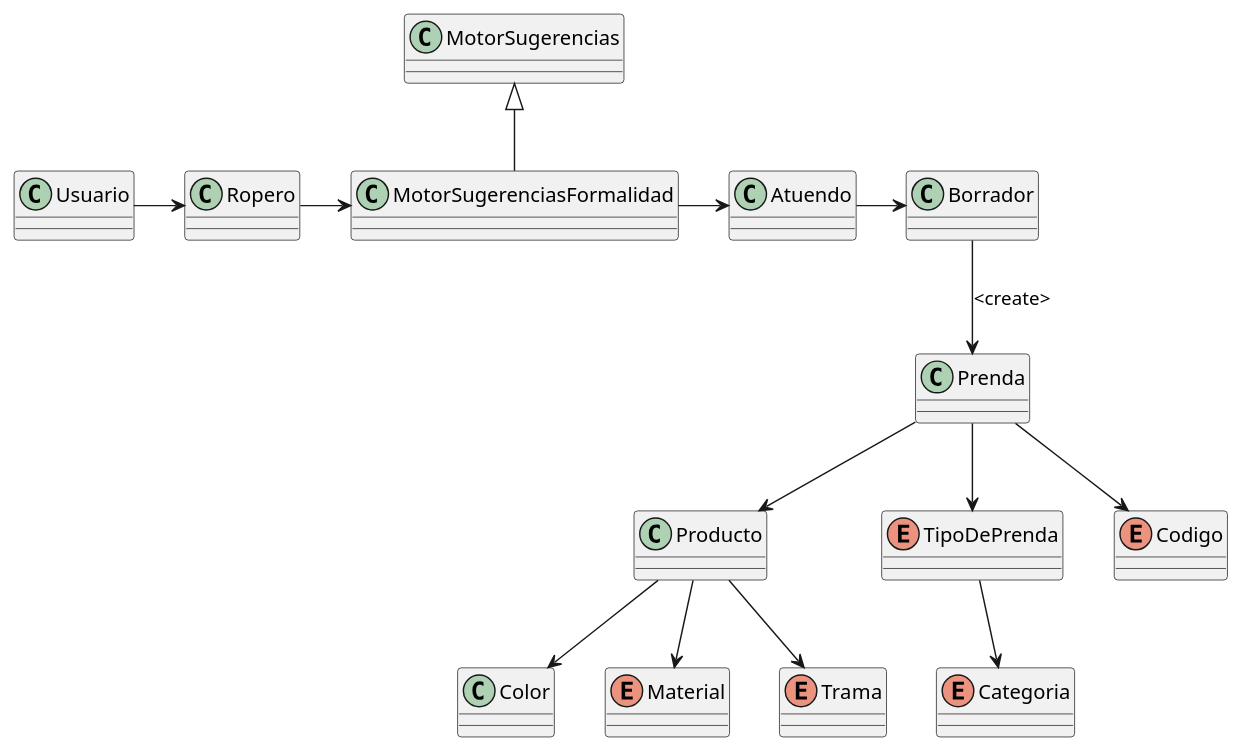
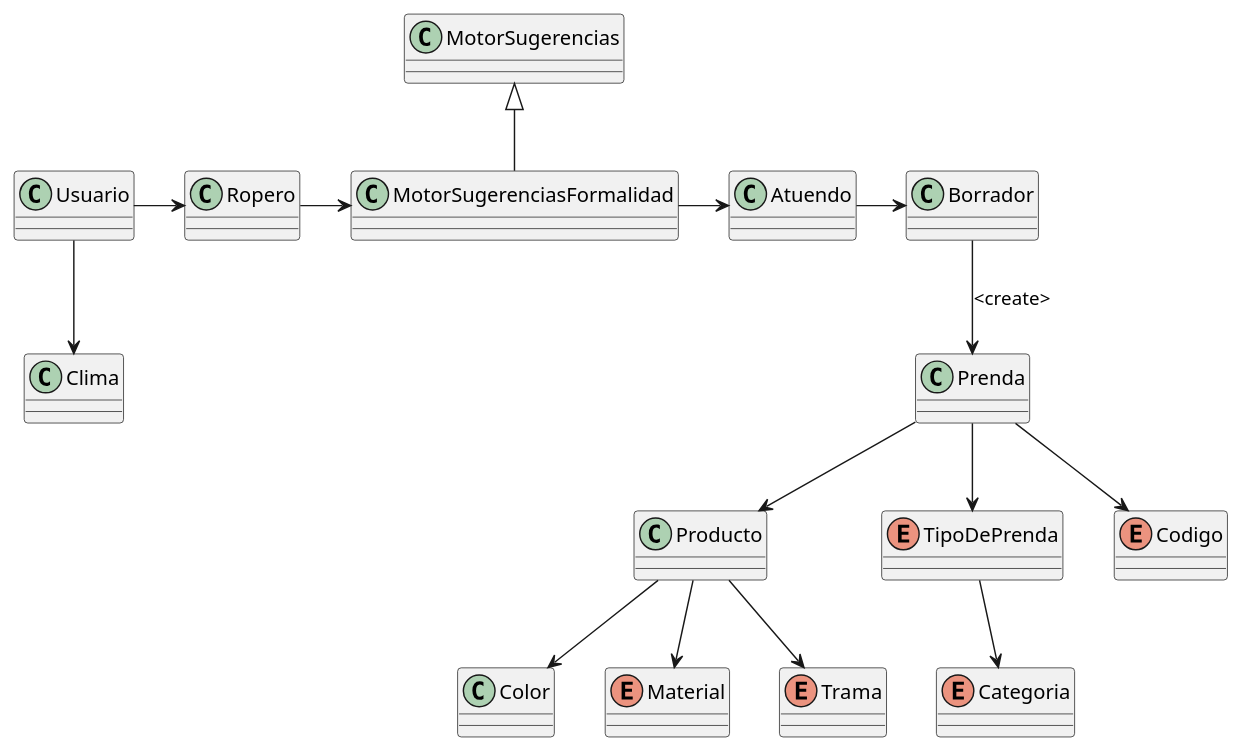
The diagram in src/main/java/ar/edu/utn/frba/dds/Diagrama.puml (KVasquesMoviaUTN/DDS-QMP), drawn with PlantUML before and after one commit. The commit also changed 7 other files, not shown here.

```diff
--- a/src/main/java/ar/edu/utn/frba/dds/Diagrama.puml
+++ b/src/main/java/ar/edu/utn/frba/dds/Diagrama.puml
@@ -1,39 +1,42 @@
 @startuml
 'https://plantuml.com/class-diagram
 
 class Borrador
 class Color
 class Prenda
 class Producto
 class MotorSugerencias
 class MotorSugerenciasFormalidad extends MotorSugerencias
 class Usuario
 class Ropero
 class Atuendo
+class Clima
 
 enum Categoria
 enum Material
 enum TipoDePrenda
 enum Trama
 enum Codigo
 
 TipoDePrenda --> Categoria
 
 Producto --> Color
 Producto --> Trama
 Producto --> Material
 
 Prenda --> TipoDePrenda
 Prenda --> Producto
 Prenda --> Codigo
 
 Borrador --> Prenda : <create>
 
 Usuario -> Ropero
 Ropero -> MotorSugerenciasFormalidad
 MotorSugerenciasFormalidad -> Atuendo
 Atuendo -> Borrador
 
+Usuario --> Clima
+
 
 
 @enduml
```
